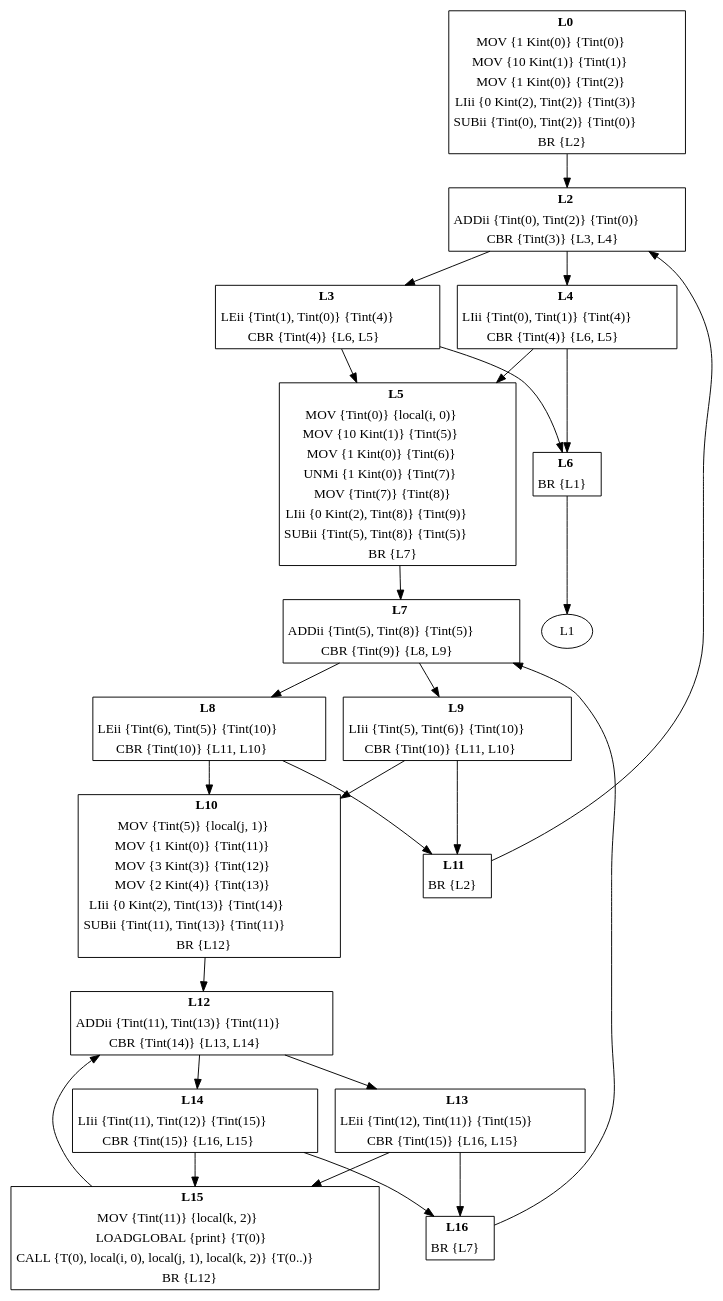
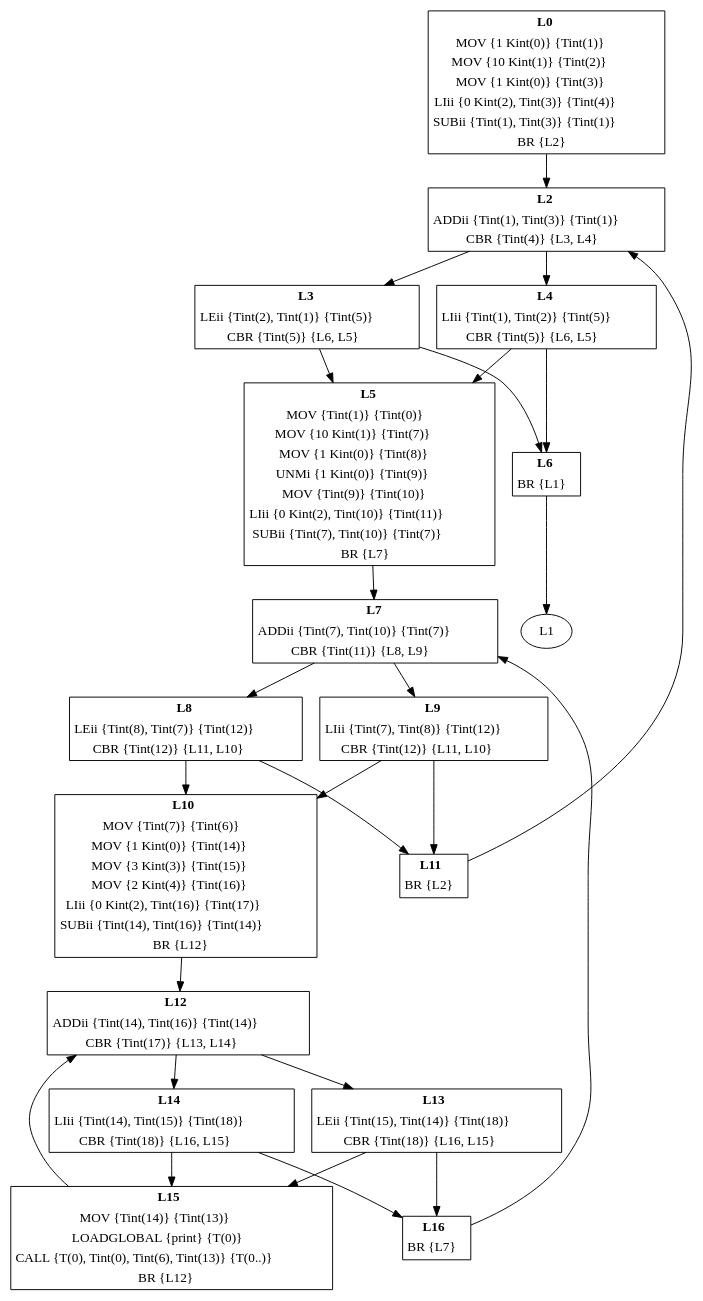
Before and after one commit to dibyendumajumdar/ravi-compiler: the diagram in docs/cfg/for3.gv, drawn with Graphviz. The commit also changed 11 other files, not shown here.

```diff
--- a/docs/cfg/for3.gv
+++ b/docs/cfg/for3.gv
@@ -1,121 +1,121 @@
 digraph Proc1 {
 L0 [shape=none, margin=0, label=<<TABLE BORDER="1" CELLBORDER="0">
 <TR><TD><B>L0</B></TD></TR>
-<TR><TD>MOV {1 Kint(0)} {Tint(0)}</TD></TR>
-<TR><TD>MOV {10 Kint(1)} {Tint(1)}</TD></TR>
-<TR><TD>MOV {1 Kint(0)} {Tint(2)}</TD></TR>
-<TR><TD>LIii {0 Kint(2), Tint(2)} {Tint(3)}</TD></TR>
-<TR><TD>SUBii {Tint(0), Tint(2)} {Tint(0)}</TD></TR>
+<TR><TD>MOV {1 Kint(0)} {Tint(1)}</TD></TR>
+<TR><TD>MOV {10 Kint(1)} {Tint(2)}</TD></TR>
+<TR><TD>MOV {1 Kint(0)} {Tint(3)}</TD></TR>
+<TR><TD>LIii {0 Kint(2), Tint(3)} {Tint(4)}</TD></TR>
+<TR><TD>SUBii {Tint(1), Tint(3)} {Tint(1)}</TD></TR>
 <TR><TD>BR {L2}</TD></TR>
 </TABLE>>];
 L0 -> L2
 L2 [shape=none, margin=0, label=<<TABLE BORDER="1" CELLBORDER="0">
 <TR><TD><B>L2</B></TD></TR>
-<TR><TD>ADDii {Tint(0), Tint(2)} {Tint(0)}</TD></TR>
-<TR><TD>CBR {Tint(3)} {L3, L4}</TD></TR>
+<TR><TD>ADDii {Tint(1), Tint(3)} {Tint(1)}</TD></TR>
+<TR><TD>CBR {Tint(4)} {L3, L4}</TD></TR>
 </TABLE>>];
 L2 -> L3
 L2 -> L4
 L3 [shape=none, margin=0, label=<<TABLE BORDER="1" CELLBORDER="0">
 <TR><TD><B>L3</B></TD></TR>
-<TR><TD>LEii {Tint(1), Tint(0)} {Tint(4)}</TD></TR>
-<TR><TD>CBR {Tint(4)} {L6, L5}</TD></TR>
+<TR><TD>LEii {Tint(2), Tint(1)} {Tint(5)}</TD></TR>
+<TR><TD>CBR {Tint(5)} {L6, L5}</TD></TR>
 </TABLE>>];
 L3 -> L6
 L3 -> L5
 L4 [shape=none, margin=0, label=<<TABLE BORDER="1" CELLBORDER="0">
 <TR><TD><B>L4</B></TD></TR>
-<TR><TD>LIii {Tint(0), Tint(1)} {Tint(4)}</TD></TR>
-<TR><TD>CBR {Tint(4)} {L6, L5}</TD></TR>
+<TR><TD>LIii {Tint(1), Tint(2)} {Tint(5)}</TD></TR>
+<TR><TD>CBR {Tint(5)} {L6, L5}</TD></TR>
 </TABLE>>];
 L4 -> L6
 L4 -> L5
 L5 [shape=none, margin=0, label=<<TABLE BORDER="1" CELLBORDER="0">
 <TR><TD><B>L5</B></TD></TR>
-<TR><TD>MOV {Tint(0)} {local(i, 0)}</TD></TR>
-<TR><TD>MOV {10 Kint(1)} {Tint(5)}</TD></TR>
-<TR><TD>MOV {1 Kint(0)} {Tint(6)}</TD></TR>
-<TR><TD>UNMi {1 Kint(0)} {Tint(7)}</TD></TR>
-<TR><TD>MOV {Tint(7)} {Tint(8)}</TD></TR>
-<TR><TD>LIii {0 Kint(2), Tint(8)} {Tint(9)}</TD></TR>
-<TR><TD>SUBii {Tint(5), Tint(8)} {Tint(5)}</TD></TR>
+<TR><TD>MOV {Tint(1)} {Tint(0)}</TD></TR>
+<TR><TD>MOV {10 Kint(1)} {Tint(7)}</TD></TR>
+<TR><TD>MOV {1 Kint(0)} {Tint(8)}</TD></TR>
+<TR><TD>UNMi {1 Kint(0)} {Tint(9)}</TD></TR>
+<TR><TD>MOV {Tint(9)} {Tint(10)}</TD></TR>
+<TR><TD>LIii {0 Kint(2), Tint(10)} {Tint(11)}</TD></TR>
+<TR><TD>SUBii {Tint(7), Tint(10)} {Tint(7)}</TD></TR>
 <TR><TD>BR {L7}</TD></TR>
 </TABLE>>];
 L5 -> L7
 L6 [shape=none, margin=0, label=<<TABLE BORDER="1" CELLBORDER="0">
 <TR><TD><B>L6</B></TD></TR>
 <TR><TD>BR {L1}</TD></TR>
 </TABLE>>];
 L6 -> L1
 L7 [shape=none, margin=0, label=<<TABLE BORDER="1" CELLBORDER="0">
 <TR><TD><B>L7</B></TD></TR>
-<TR><TD>ADDii {Tint(5), Tint(8)} {Tint(5)}</TD></TR>
-<TR><TD>CBR {Tint(9)} {L8, L9}</TD></TR>
+<TR><TD>ADDii {Tint(7), Tint(10)} {Tint(7)}</TD></TR>
+<TR><TD>CBR {Tint(11)} {L8, L9}</TD></TR>
 </TABLE>>];
 L7 -> L8
 L7 -> L9
 L8 [shape=none, margin=0, label=<<TABLE BORDER="1" CELLBORDER="0">
 <TR><TD><B>L8</B></TD></TR>
-<TR><TD>LEii {Tint(6), Tint(5)} {Tint(10)}</TD></TR>
-<TR><TD>CBR {Tint(10)} {L11, L10}</TD></TR>
+<TR><TD>LEii {Tint(8), Tint(7)} {Tint(12)}</TD></TR>
+<TR><TD>CBR {Tint(12)} {L11, L10}</TD></TR>
 </TABLE>>];
 L8 -> L11
 L8 -> L10
 L9 [shape=none, margin=0, label=<<TABLE BORDER="1" CELLBORDER="0">
 <TR><TD><B>L9</B></TD></TR>
-<TR><TD>LIii {Tint(5), Tint(6)} {Tint(10)}</TD></TR>
-<TR><TD>CBR {Tint(10)} {L11, L10}</TD></TR>
+<TR><TD>LIii {Tint(7), Tint(8)} {Tint(12)}</TD></TR>
+<TR><TD>CBR {Tint(12)} {L11, L10}</TD></TR>
 </TABLE>>];
 L9 -> L11
 L9 -> L10
 L10 [shape=none, margin=0, label=<<TABLE BORDER="1" CELLBORDER="0">
 <TR><TD><B>L10</B></TD></TR>
-<TR><TD>MOV {Tint(5)} {local(j, 1)}</TD></TR>
-<TR><TD>MOV {1 Kint(0)} {Tint(11)}</TD></TR>
-<TR><TD>MOV {3 Kint(3)} {Tint(12)}</TD></TR>
-<TR><TD>MOV {2 Kint(4)} {Tint(13)}</TD></TR>
-<TR><TD>LIii {0 Kint(2), Tint(13)} {Tint(14)}</TD></TR>
-<TR><TD>SUBii {Tint(11), Tint(13)} {Tint(11)}</TD></TR>
+<TR><TD>MOV {Tint(7)} {Tint(6)}</TD></TR>
+<TR><TD>MOV {1 Kint(0)} {Tint(14)}</TD></TR>
+<TR><TD>MOV {3 Kint(3)} {Tint(15)}</TD></TR>
+<TR><TD>MOV {2 Kint(4)} {Tint(16)}</TD></TR>
+<TR><TD>LIii {0 Kint(2), Tint(16)} {Tint(17)}</TD></TR>
+<TR><TD>SUBii {Tint(14), Tint(16)} {Tint(14)}</TD></TR>
 <TR><TD>BR {L12}</TD></TR>
 </TABLE>>];
 L10 -> L12
 L11 [shape=none, margin=0, label=<<TABLE BORDER="1" CELLBORDER="0">
 <TR><TD><B>L11</B></TD></TR>
 <TR><TD>BR {L2}</TD></TR>
 </TABLE>>];
 L11 -> L2
 L12 [shape=none, margin=0, label=<<TABLE BORDER="1" CELLBORDER="0">
 <TR><TD><B>L12</B></TD></TR>
-<TR><TD>ADDii {Tint(11), Tint(13)} {Tint(11)}</TD></TR>
-<TR><TD>CBR {Tint(14)} {L13, L14}</TD></TR>
+<TR><TD>ADDii {Tint(14), Tint(16)} {Tint(14)}</TD></TR>
+<TR><TD>CBR {Tint(17)} {L13, L14}</TD></TR>
 </TABLE>>];
 L12 -> L13
 L12 -> L14
 L13 [shape=none, margin=0, label=<<TABLE BORDER="1" CELLBORDER="0">
 <TR><TD><B>L13</B></TD></TR>
-<TR><TD>LEii {Tint(12), Tint(11)} {Tint(15)}</TD></TR>
-<TR><TD>CBR {Tint(15)} {L16, L15}</TD></TR>
+<TR><TD>LEii {Tint(15), Tint(14)} {Tint(18)}</TD></TR>
+<TR><TD>CBR {Tint(18)} {L16, L15}</TD></TR>
 </TABLE>>];
 L13 -> L16
 L13 -> L15
 L14 [shape=none, margin=0, label=<<TABLE BORDER="1" CELLBORDER="0">
 <TR><TD><B>L14</B></TD></TR>
-<TR><TD>LIii {Tint(11), Tint(12)} {Tint(15)}</TD></TR>
-<TR><TD>CBR {Tint(15)} {L16, L15}</TD></TR>
+<TR><TD>LIii {Tint(14), Tint(15)} {Tint(18)}</TD></TR>
+<TR><TD>CBR {Tint(18)} {L16, L15}</TD></TR>
 </TABLE>>];
 L14 -> L16
 L14 -> L15
 L15 [shape=none, margin=0, label=<<TABLE BORDER="1" CELLBORDER="0">
 <TR><TD><B>L15</B></TD></TR>
-<TR><TD>MOV {Tint(11)} {local(k, 2)}</TD></TR>
+<TR><TD>MOV {Tint(14)} {Tint(13)}</TD></TR>
 <TR><TD>LOADGLOBAL {print} {T(0)}</TD></TR>
-<TR><TD>CALL {T(0), local(i, 0), local(j, 1), local(k, 2)} {T(0..)}</TD></TR>
+<TR><TD>CALL {T(0), Tint(0), Tint(6), Tint(13)} {T(0..)}</TD></TR>
 <TR><TD>BR {L12}</TD></TR>
 </TABLE>>];
 L15 -> L12
 L16 [shape=none, margin=0, label=<<TABLE BORDER="1" CELLBORDER="0">
 <TR><TD><B>L16</B></TD></TR>
 <TR><TD>BR {L7}</TD></TR>
 </TABLE>>];
 L16 -> L7
 }
```
